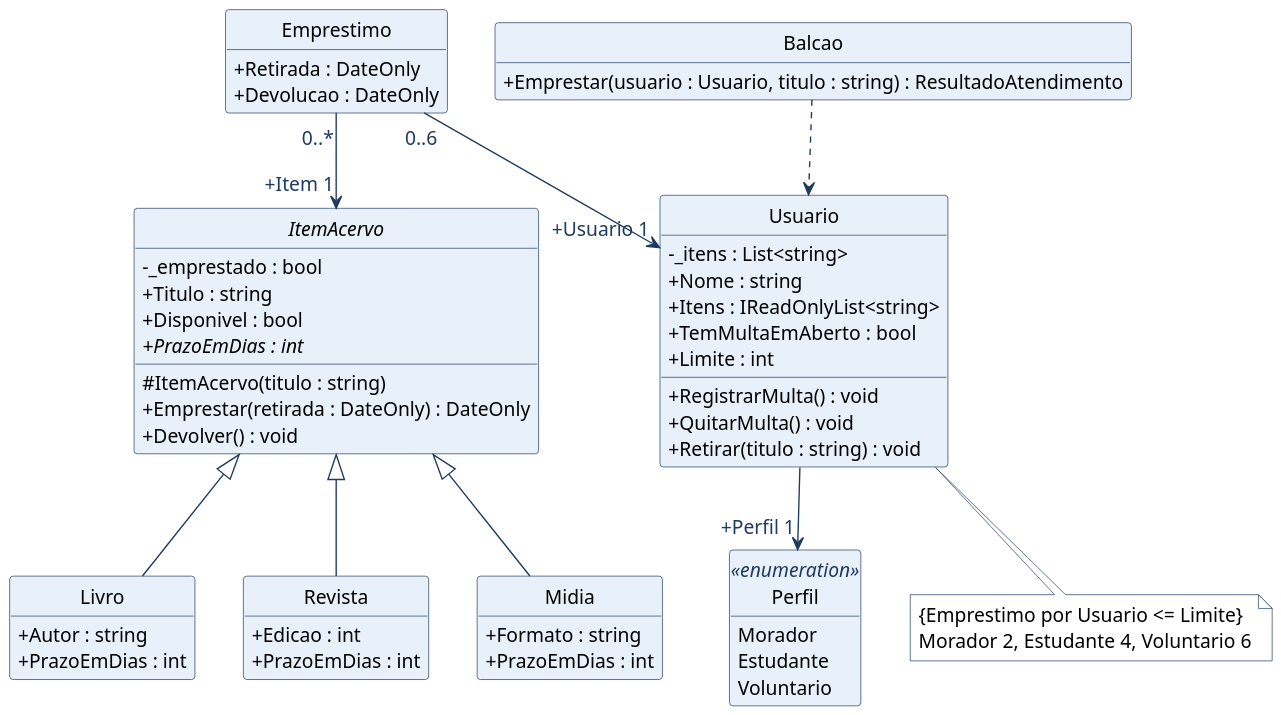
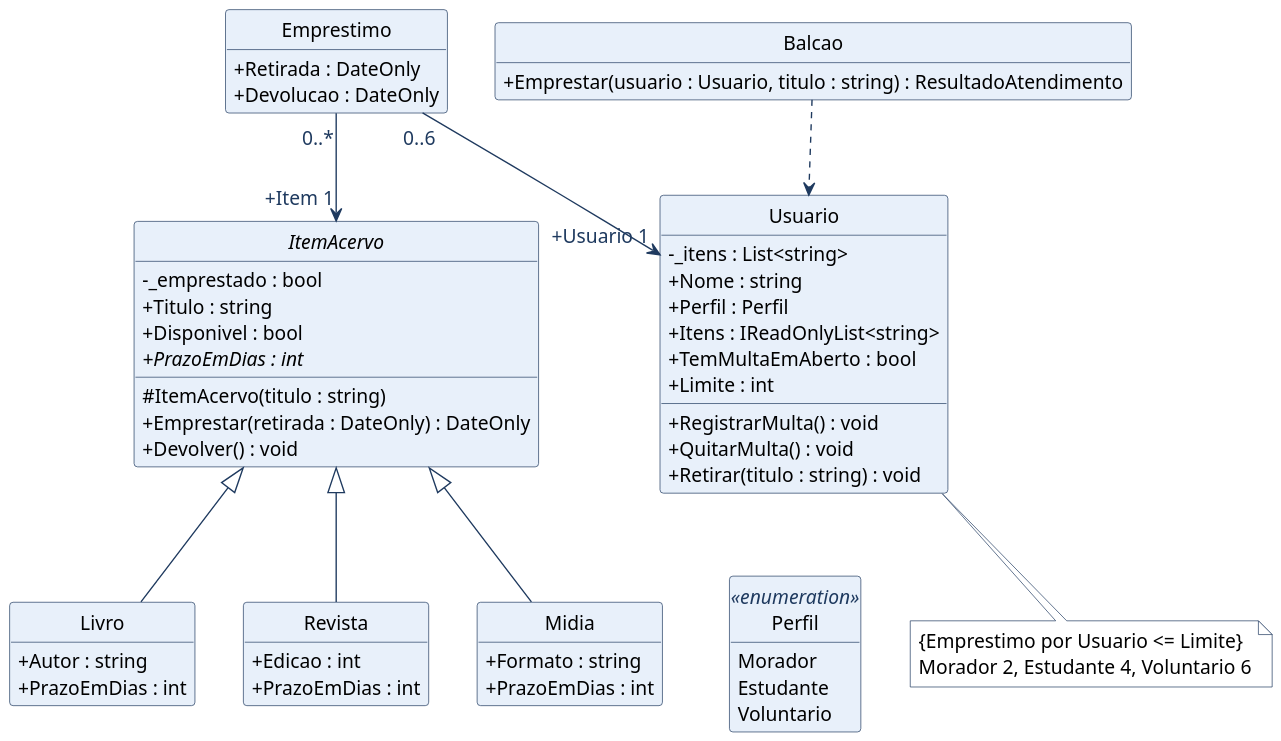
Before and after one commit to josercf/uninove-2026-2-ead-modelagem-oo: the diagram in topico-06-classes-e-objetos/classes.puml, drawn with PlantUML. The commit also changed 2 other files, not shown here.

Commit message:
fix: Perfil como atributo de Usuario no diagrama de classes e teste de coerência do diagrama de objetos
O diagrama de classes desenhava Perfil como associação, e o diagrama de
objetos mostrava Perfil = Morador como valor de atributo, sem vínculo.
Perfil é enumeração, sem identidade própria: passa a ser o atributo
+Perfil : Perfil em Usuario. O teste novo confere que cada valor de
objetos.puml é atributo da classe e que cada vínculo é papel de associação.

```diff
--- a/topico-06-classes-e-objetos/classes.puml
+++ b/topico-06-classes-e-objetos/classes.puml
@@ -1,92 +1,97 @@
 @startuml
 ' Diagrama de classes da Biblioteca Comunitária, tópico 06.
 ' Reúne as classes dos tópicos 03, 04 e 05 e a classe Emprestimo do tópico 06.
 ' O teste DiagramaDeClassesTests confere cada membro abaixo contra o código C#.
 ' Visibilidade: + público, - privado, # protegido.
 skinparam backgroundColor white
 skinparam dpi 150
 skinparam defaultFontName Arial
 skinparam defaultFontSize 14
 skinparam shadowing false
 skinparam classAttributeIconSize 0
 skinparam ArrowColor #1F3A5F
 skinparam ArrowFontColor #1F3A5F
 skinparam ClassBorderColor #1F3A5F
 skinparam ClassBackgroundColor #E8F0FA
 skinparam ClassFontColor #000000
 skinparam ClassAttributeFontColor #000000
 skinparam ClassStereotypeFontColor #1F3A5F
 skinparam NoteBorderColor #1F3A5F
 skinparam NoteBackgroundColor #FFFFFF
 skinparam NoteFontColor #000000
 hide circle
 hide empty members
 
 abstract class ItemAcervo {
   -_emprestado : bool
   +Titulo : string
   +Disponivel : bool
   +{abstract} PrazoEmDias : int
   #ItemAcervo(titulo : string)
   +Emprestar(retirada : DateOnly) : DateOnly
   +Devolver() : void
 }
 
 class Livro {
   +Autor : string
   +PrazoEmDias : int
 }
 
 class Revista {
   +Edicao : int
   +PrazoEmDias : int
 }
 
 class Midia {
   +Formato : string
   +PrazoEmDias : int
 }
 
 class Usuario {
   -_itens : List<string>
   +Nome : string
+  +Perfil : Perfil
   +Itens : IReadOnlyList<string>
   +TemMultaEmAberto : bool
   +Limite : int
   +RegistrarMulta() : void
   +QuitarMulta() : void
   +Retirar(titulo : string) : void
 }
 
 enum Perfil <<enumeration>> {
   Morador
   Estudante
   Voluntario
 }
 
 class Balcao {
   +Emprestar(usuario : Usuario, titulo : string) : ResultadoAtendimento
 }
 
 class Emprestimo {
   +Retirada : DateOnly
   +Devolucao : DateOnly
 }
 
 ItemAcervo <|-- Livro
 ItemAcervo <|-- Revista
 ItemAcervo <|-- Midia
 
 ' Associação: a ponta da seta traz o nome do papel, com visibilidade, e a multiplicidade.
 Emprestimo "0..6" --> "+Usuario 1" Usuario
 Emprestimo "0..*" --> "+Item 1" ItemAcervo
-Usuario --> "+Perfil 1" Perfil
+
+' Perfil é atributo de Usuario (+Perfil : Perfil): o valor de uma enumeração não tem
+' identidade própria e aparece como valor no diagrama de objetos. A linha oculta só
+' posiciona a caixa da enumeração embaixo de Usuario, sem desenhar ligação.
+Usuario -[hidden]- Perfil
 
 ' Dependência: Balcao recebe um Usuario como parâmetro e não guarda referência a ele.
 Balcao ..> Usuario
 
 note bottom of Usuario
   {Emprestimo por Usuario <= Limite}
   Morador 2, Estudante 4, Voluntario 6
 end note
 @enduml
```
